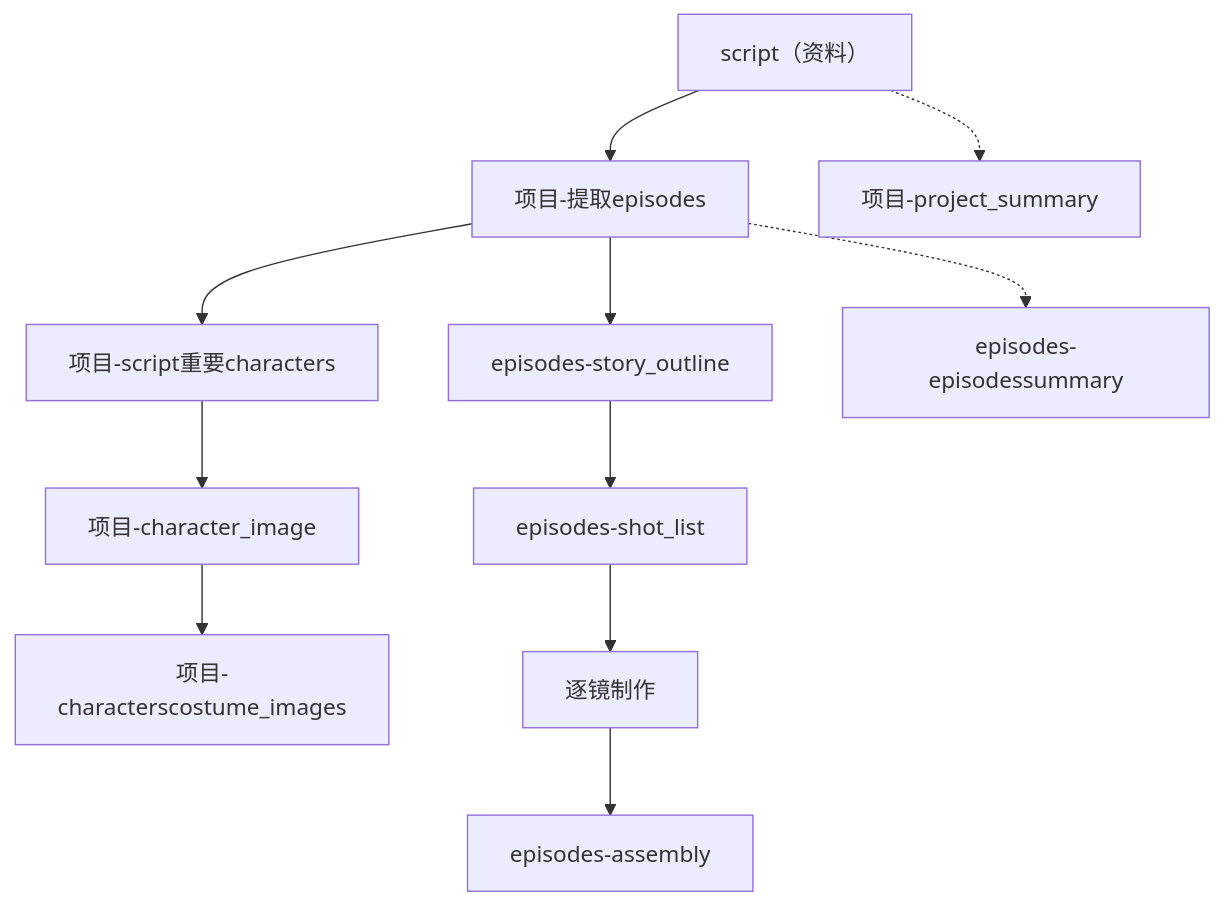
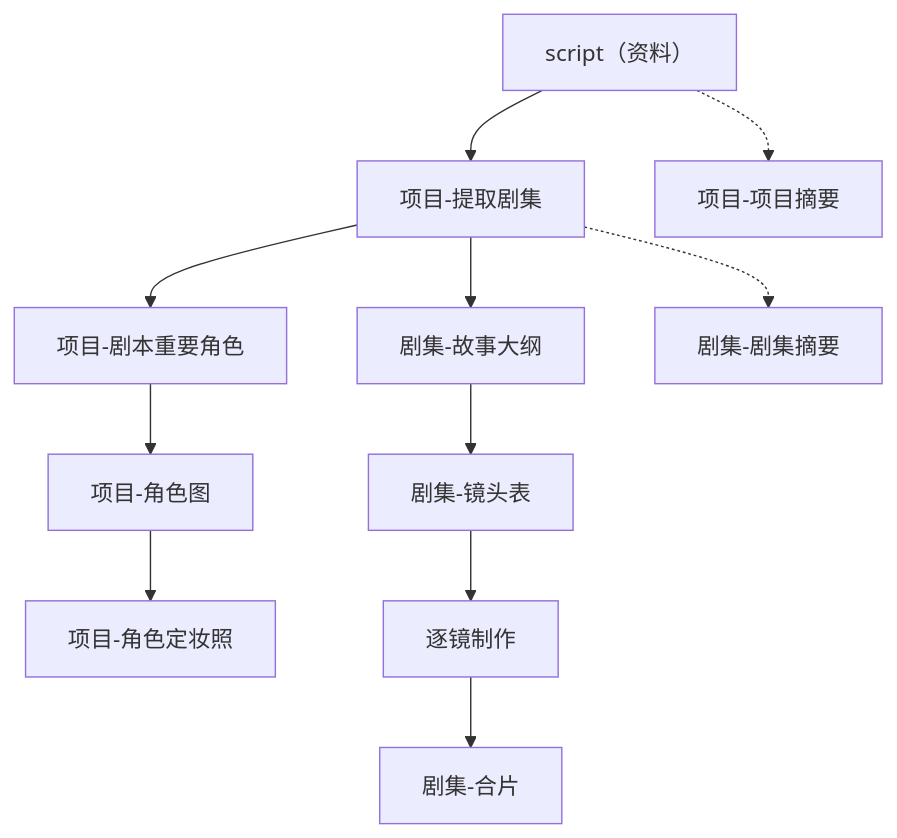
The first of 3 diagrams in meiji/dev_docs/制作工作流.md (senbenyi/meiji-harness), drawn with Mermaid before and after one commit. The commit also changed other lines of this file and 36 other files, not shown here.

````diff
--- a/meiji/dev_docs/制作工作流.md
+++ b/meiji/dev_docs/制作工作流.md
@@ -35,20 +35,20 @@
 ```mermaid
 flowchart TD
   script["script（资料）"]
-  split["项目-提取episodes"]
-  people["项目-script重要characters"]
-  fig["项目-character_image"]
-  look["项目-characterscostume_images"]
-  outline["episodes-story_outline"]
-  board["episodes-shot_list"]
+  split["项目-提取剧集"]
+  people["项目-剧本重要角色"]
+  fig["项目-角色图"]
+  look["项目-角色定妆照"]
+  outline["剧集-故事大纲"]
+  board["剧集-镜头表"]
   shot["逐镜制作"]
-  asm["episodes-assembly"]
-  psum["项目-project_summary"]
-  esum["episodes-episodessummary"]
+  asm["剧集-合片"]
+  psum["项目-项目摘要"]
+  esum["剧集-剧集摘要"]
 
   script --> split
   split --> people --> fig --> look
   split --> outline --> board --> shot --> asm
   script -.-> psum
   split -.-> esum
 ```
````
